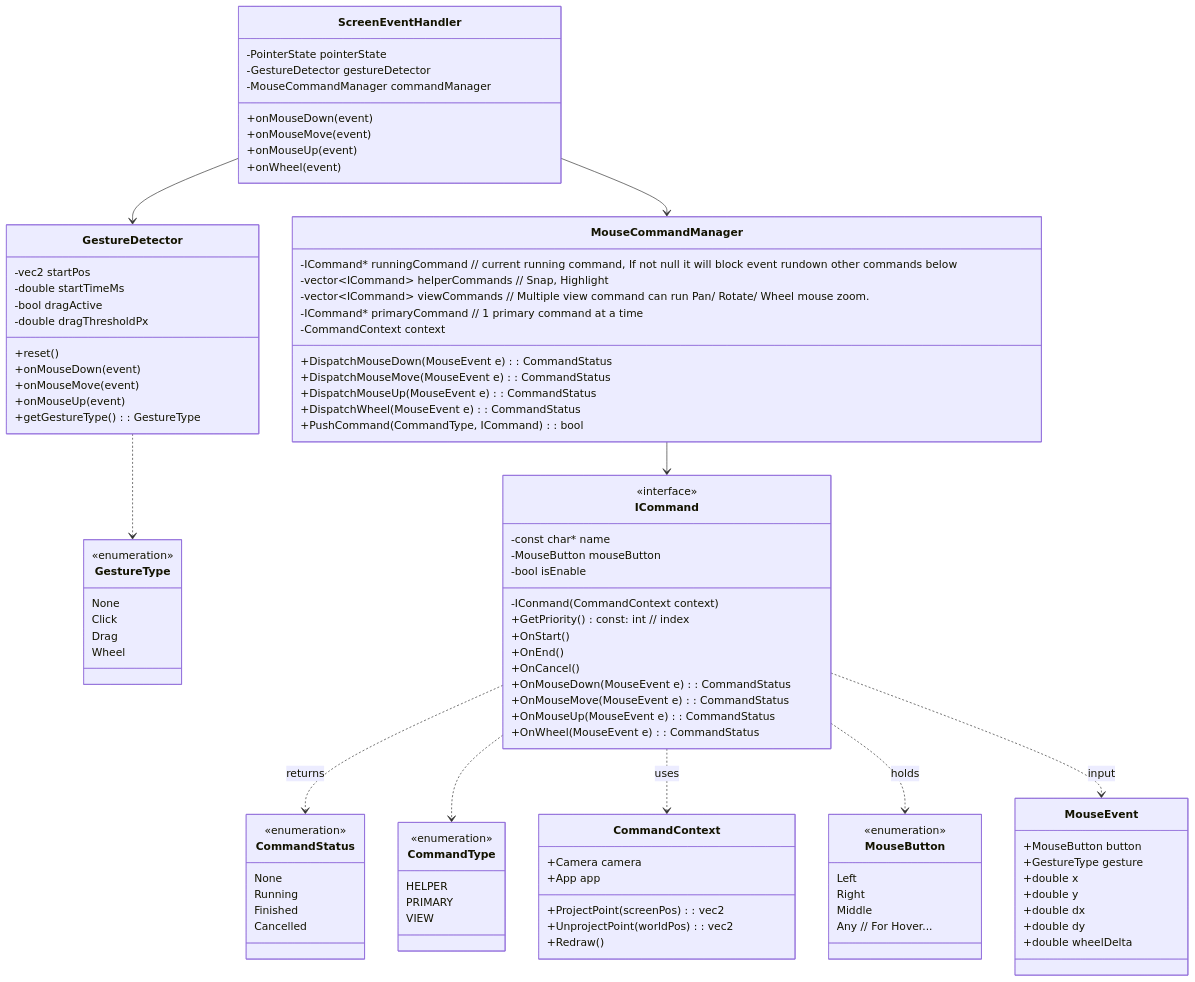
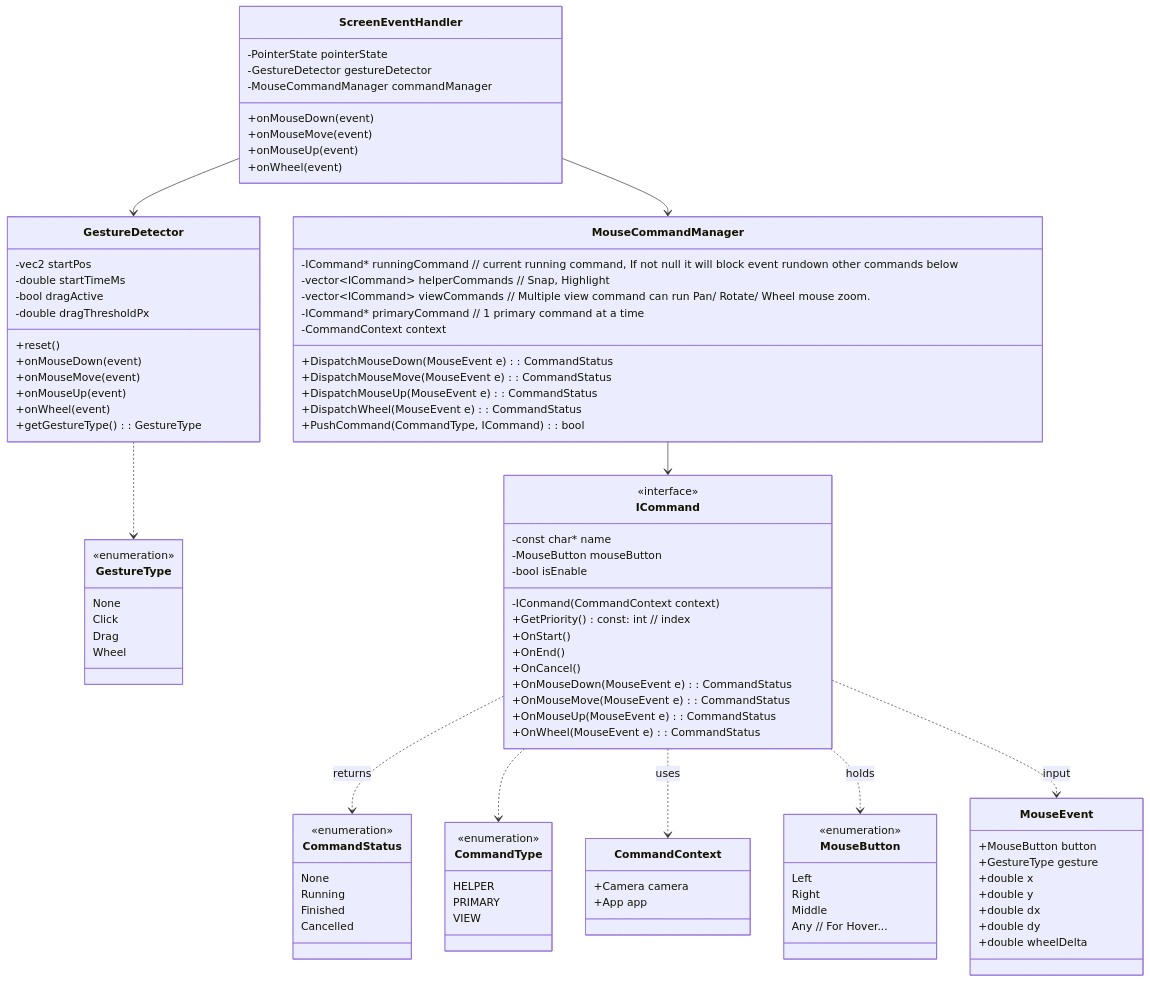
Before and after one commit to vfa-khaidt1/vfa-cdn: the diagram in Final.md, drawn with Mermaid. The commit also changed other lines of this file, not shown here.

```diff
--- a/Final.md
+++ b/Final.md
@@ -44,9 +55,6 @@
     class CommandContext {
         +Camera camera
         +App app
-        +ProjectPoint(screenPos): vec2
-        +UnprojectPoint(worldPos): vec2
-        +Redraw()
     }
 
     class ScreenEventHandler {
@@ -68,6 +76,7 @@
         +onMouseDown(event)
         +onMouseMove(event)
         +onMouseUp(event)
+        +onWheel(event)
         +getGestureType(): GestureType
     }
 
```
